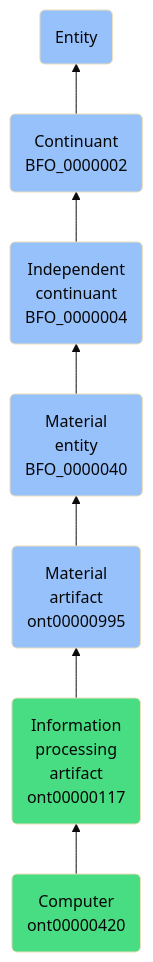
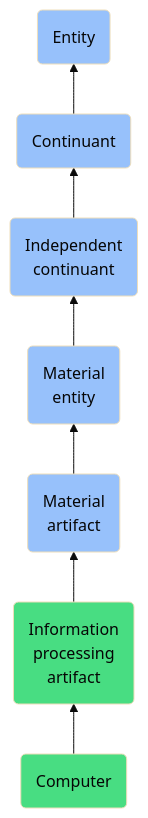
Before and after one commit to jupyter-naas/abi: the diagram in docs/ontology/reference/model/Entity/Continuant/Independent continuant/Material entity/Material artifact/Information processing artifact/Computer/Computer.md, drawn with Mermaid (base theme). The commit also changed other lines of this file and 1430 other files, not shown here.

````diff
--- a/docs/ontology/reference/model/Entity/Continuant/Independent continuant/Material entity/Material artifact/Information processing artifact/Computer/Computer.md
+++ b/docs/ontology/reference/model/Entity/Continuant/Independent continuant/Material entity/Material artifact/Information processing artifact/Computer/Computer.md
@@ -24,14 +24,14 @@
 ```mermaid
 graph BT
-    ont00000420(Computer<br>ont00000420):::ABI-->ont00000117
-    ont00000117(Information<br>processing<br>artifact<br>ont00000117):::ABI-->ont00000995
-    ont00000995(Material<br>artifact<br>ont00000995):::BFO-->BFO_0000040
-    BFO_0000040(Material<br>entity<br>BFO_0000040):::BFO-->BFO_0000004
-    BFO_0000004(Independent<br>continuant<br>BFO_0000004):::BFO-->BFO_0000002
-    BFO_0000002(Continuant<br>BFO_0000002):::BFO-->BFO_0000001
+    ont00000420(Computer):::ABI-->ont00000117
+    ont00000117(Information<br>processing<br>artifact):::ABI-->ont00000995
+    ont00000995(Material<br>artifact):::BFO-->BFO_0000040
+    BFO_0000040(Material<br>entity):::BFO-->BFO_0000004
+    BFO_0000004(Independent<br>continuant):::BFO-->BFO_0000002
+    BFO_0000002(Continuant):::BFO-->BFO_0000001
     BFO_0000001(Entity):::BFO
     
     classDef BFO fill:#97c1fb,color:#060606
     classDef CCO fill:#e4c51e,color:#060606
     classDef ABI fill:#48DD82,color:#060606
 ```
````
